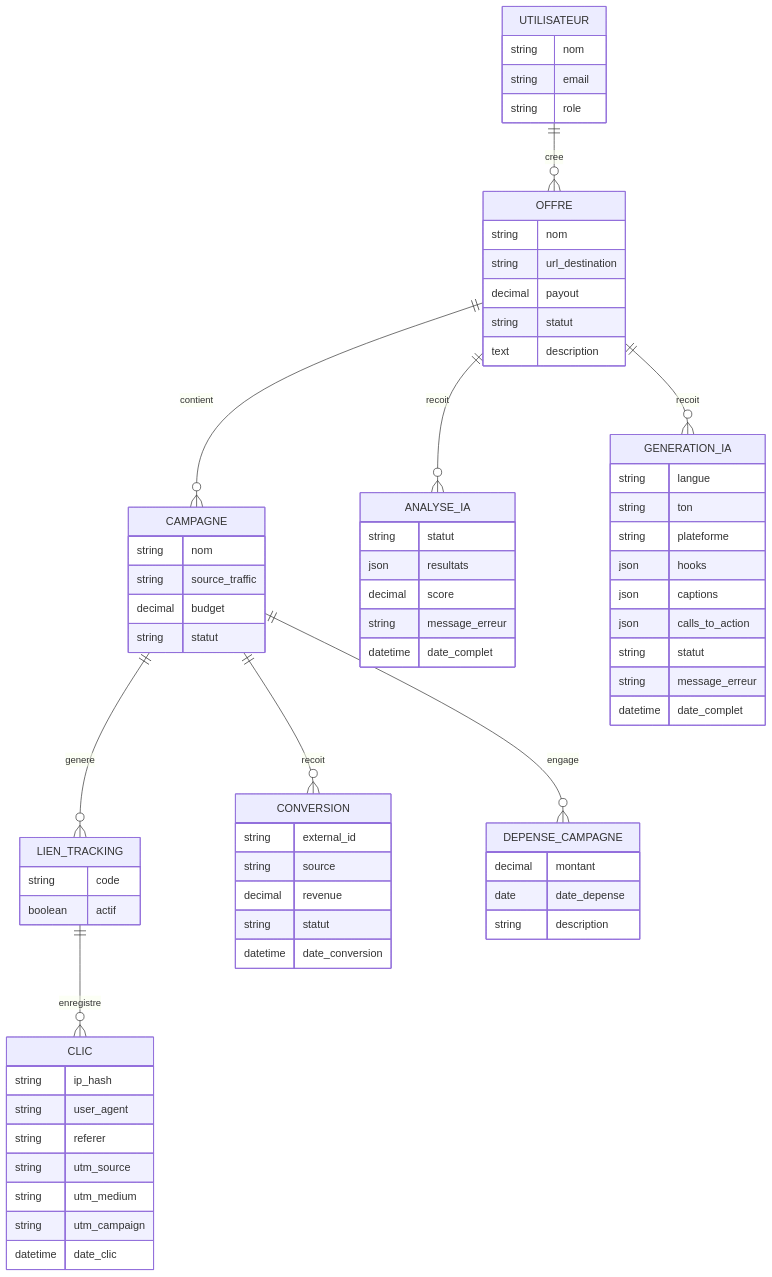
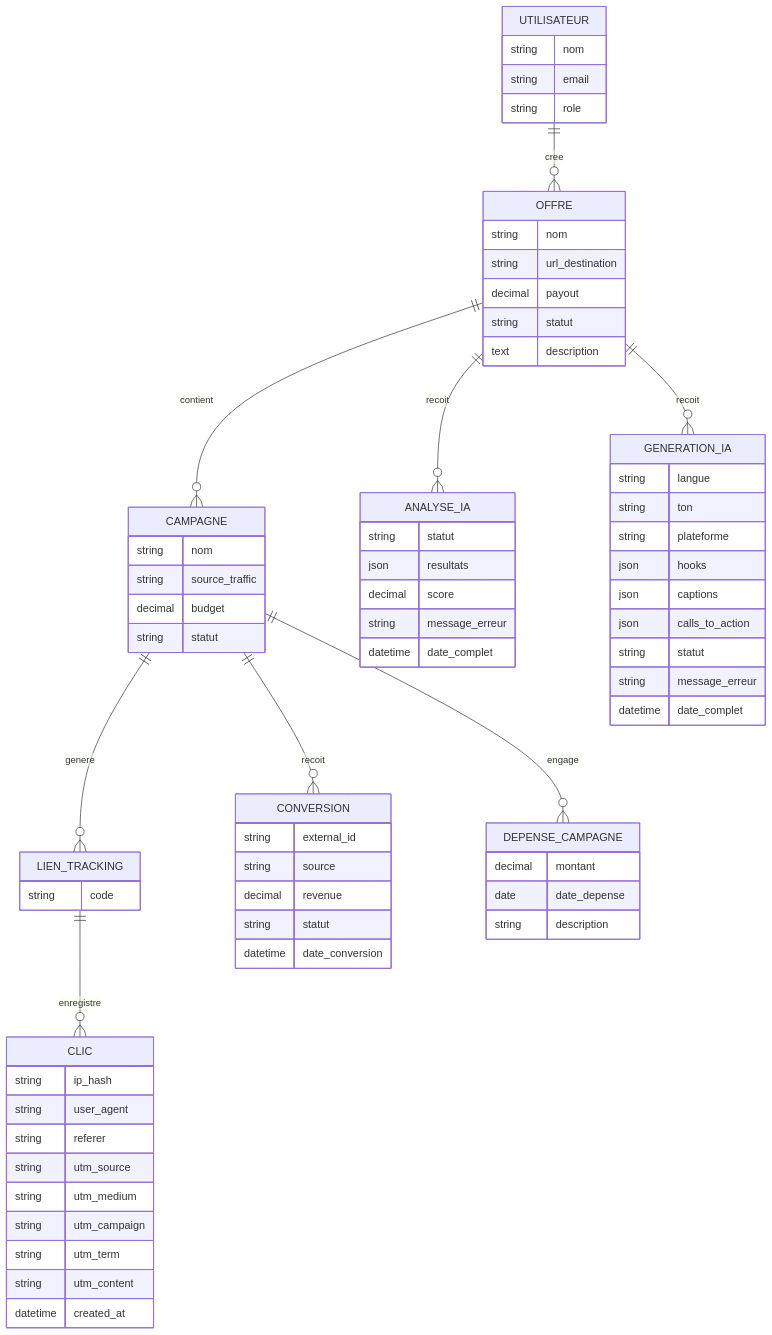
One commit to younesbarrag/-cpaflow-ai changed the first of 4 diagrams in docs/conception-technique.md. Above: the diagram before and after it, drawn with Mermaid. The commit also changed other lines of this file and 17 other files, not shown here.

````diff
--- a/docs/conception-technique.md
+++ b/docs/conception-technique.md
@@ -55,81 +55,82 @@
 ```mermaid
 erDiagram
     UTILISATEUR ||--o{ OFFRE : cree
     OFFRE ||--o{ CAMPAGNE : contient
     CAMPAGNE ||--o{ LIEN_TRACKING : genere
     LIEN_TRACKING ||--o{ CLIC : enregistre
     CAMPAGNE ||--o{ CONVERSION : recoit
     CAMPAGNE ||--o{ DEPENSE_CAMPAGNE : engage
     OFFRE ||--o{ ANALYSE_IA : recoit
     OFFRE ||--o{ GENERATION_IA : recoit
 
     UTILISATEUR {
         string nom
         string email
         string role
     }
 
     OFFRE {
         string nom
         string url_destination
         decimal payout
         string statut
         text description
     }
 
     CAMPAGNE {
         string nom
         string source_traffic
         decimal budget
         string statut
     }
 
     LIEN_TRACKING {
         string code
-        boolean actif
     }
 
     CLIC {
         string ip_hash
         string user_agent
         string referer
         string utm_source
         string utm_medium
         string utm_campaign
-        datetime date_clic
+        string utm_term
+        string utm_content
+        datetime created_at
     }
 
     CONVERSION {
         string external_id
         string source
         decimal revenue
         string statut
         datetime date_conversion
     }
 
     DEPENSE_CAMPAGNE {
         decimal montant
         date date_depense
         string description
     }
 
     ANALYSE_IA {
         string statut
         json resultats
         decimal score
         string message_erreur
         datetime date_complet
     }
 
     GENERATION_IA {
         string langue
         string ton
         string plateforme
         json hooks
         json captions
         json calls_to_action
         string statut
         string message_erreur
         datetime date_complet
     }
 ```
````
